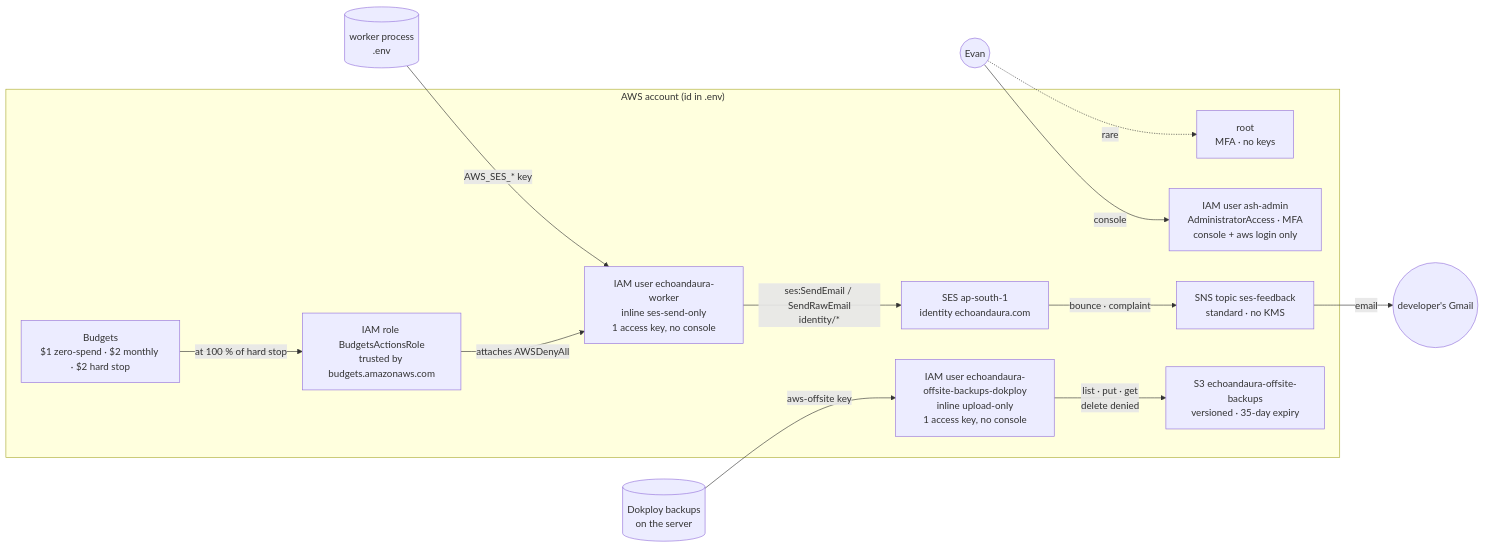
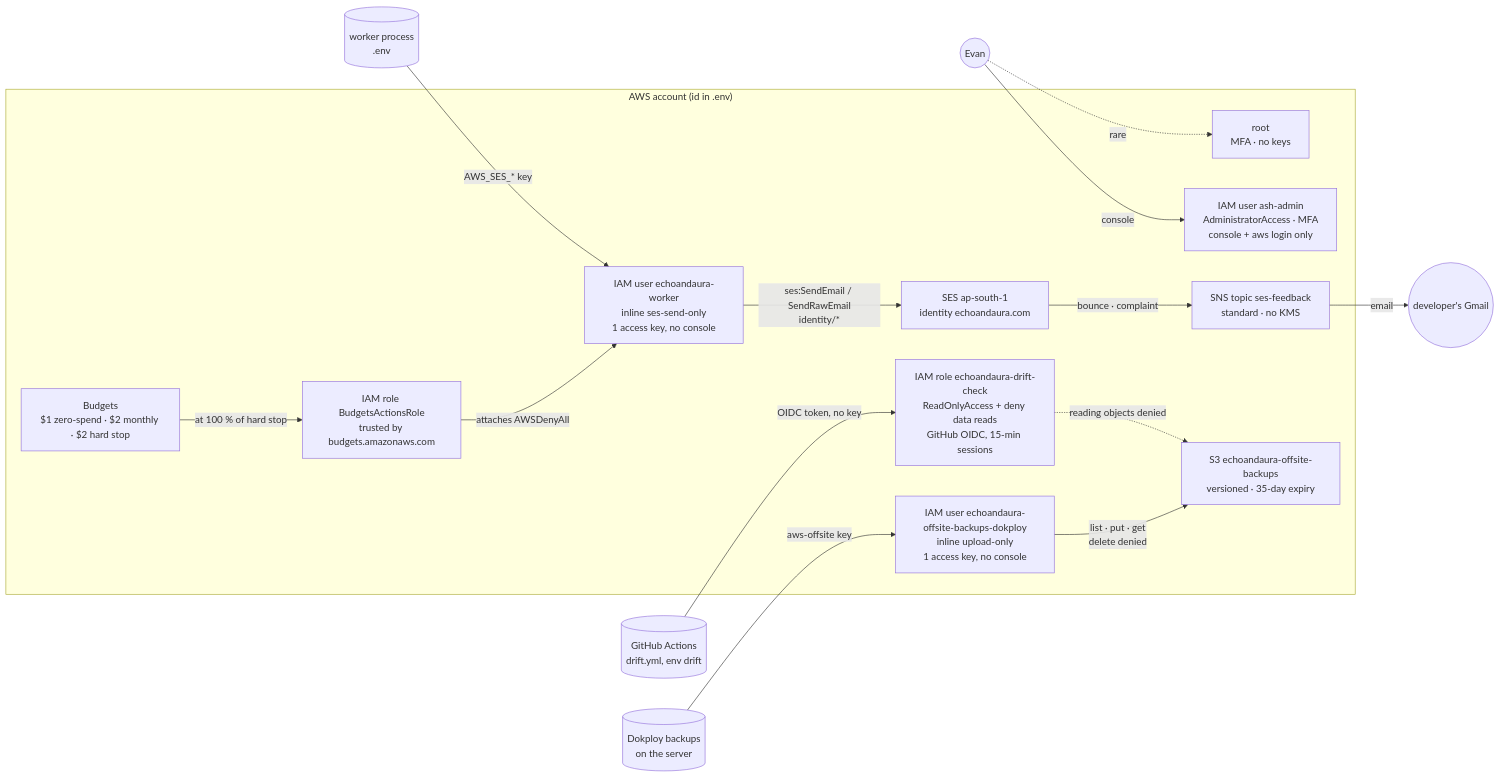
One commit to Ashfak-Hossain/EchoAndAura changed the first of 2 diagrams in docs/infra/AWS.md. Above: the diagram before and after it, drawn with Mermaid. The commit also changed other lines of this file and 8 other files, not shown here.

First line of the commit message:
feat(infra): add a weekly read-only Terraform drift check

````diff
--- a/docs/infra/AWS.md
+++ b/docs/infra/AWS.md
@@ -46,24 +46,27 @@
 ```mermaid
 flowchart LR
   subgraph account["AWS account (id in .env)"]
     root["root\nMFA · no keys"]
     admin["IAM user ash-admin\nAdministratorAccess · MFA\nconsole + aws login only"]
     worker["IAM user echoandaura-worker\ninline ses-send-only\n1 access key, no console"]
     role["IAM role BudgetsActionsRole\ntrusted by budgets.amazonaws.com"]
     ses["SES ap-south-1\nidentity echoandaura.com"]
     budgets["Budgets\n$1 zero-spend · $2 monthly · $2 hard stop"]
     sns["SNS topic ses-feedback\nstandard · no KMS"]
     offsite["IAM user echoandaura-offsite-backups-dokploy\ninline upload-only\n1 access key, no console"]
     bucket["S3 echoandaura-offsite-backups\nversioned · 35-day expiry"]
+    drift["IAM role echoandaura-drift-check\nReadOnlyAccess + deny data reads\nGitHub OIDC, 15-min sessions"]
   end
+  gha[(GitHub Actions\ndrift.yml, env drift)] -->|OIDC token, no key| drift
+  drift -.->|reading objects denied| bucket
   evan((Evan)) -->|console| admin
   evan -.->|rare| root
   app[(worker process\n.env)] -->|AWS_SES_* key| worker
   worker -->|ses:SendEmail / SendRawEmail\nidentity/*| ses
   budgets -->|at 100 % of hard stop| role
   role -->|attaches AWSDenyAll| worker
   ses -->|bounce · complaint| sns
   dokploy[(Dokploy backups\non the server)] -->|aws-offsite key| offsite
   offsite -->|list · put · get\ndelete denied| bucket
   sns -->|email| dev((developer's Gmail))
 ```
````
